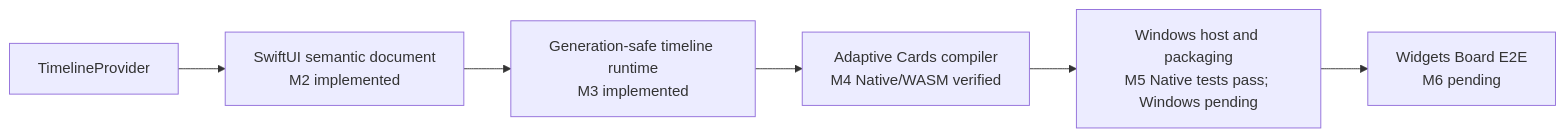
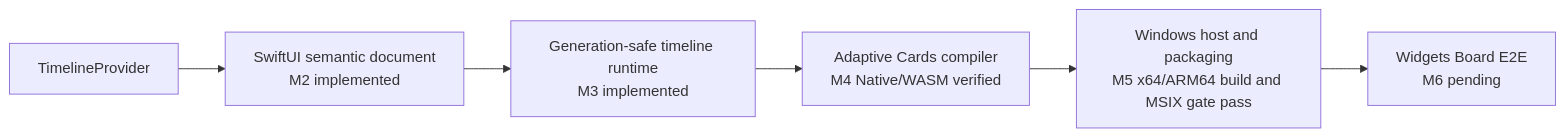
One commit to 1amageek/OpenWidgetKit changed the first of 2 diagrams in README.md. Above: the diagram before and after it, drawn with Mermaid. The commit also changed other lines of this file and 6 other files, not shown here.

````diff
--- a/README.md
+++ b/README.md
@@ -75,8 +76,8 @@
 ```mermaid
 flowchart LR
     Provider["TimelineProvider"] --> Document["SwiftUI semantic document<br/>M2 implemented"]
     Document --> Scheduler["Generation-safe timeline runtime<br/>M3 implemented"]
     Scheduler --> Compiler["Adaptive Cards compiler<br/>M4 Native/WASM verified"]
-    Compiler --> Windows["Windows host and packaging<br/>M5 Native tests pass; Windows pending"]
+    Compiler --> Windows["Windows host and packaging<br/>M5 x64/ARM64 build and MSIX gate pass"]
     Windows --> Board["Widgets Board E2E<br/>M6 pending"]
 ```
````
